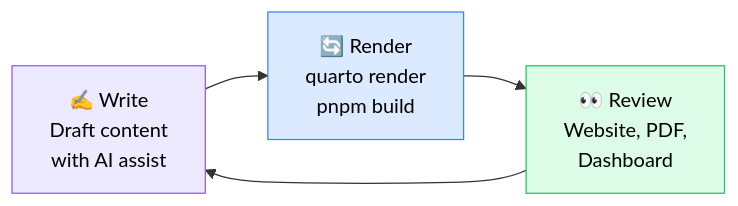
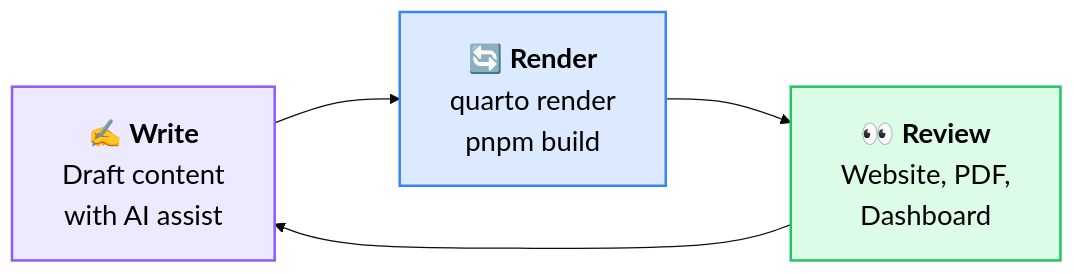
Before and after one commit to dataimago/dissertation: the fourth of 6 diagrams in quarto_website/training-presentation.qmd, drawn with Mermaid. The commit also changed other lines of this file and 16 other files, not shown here.

````diff
--- a/quarto_website/training-presentation.qmd
+++ b/quarto_website/training-presentation.qmd
@@ -790,13 +910,13 @@
 ```{mermaid}
 %%| echo: false
-%%| eval: true
-%%| fig-width: 14
+%%| fig-responsive: false
+%%{init: {'theme': 'base', 'themeVariables': {'fontSize': '22px', 'fontFamily': 'Inter, system-ui, sans-serif'}, 'flowchart': {'nodeSpacing': 80, 'rankSpacing': 100, 'padding': 20, 'htmlLabels': true}}}%%
 flowchart LR
-    W["✍️ Write\nDraft content\nwith AI assist"] --> R["🔄 Render\nquarto render\npnpm build"]
-    R --> V["👀 Review\nWebsite, PDF,\nDashboard"]
+    W["✍️ <b>Write</b><br/>Draft content<br/>with AI assist"] --> R["🔄 <b>Render</b><br/>quarto render<br/>pnpm build"]
+    R --> V["👀 <b>Review</b><br/>Website, PDF,<br/>Dashboard"]
     V --> W
 
-    style W fill:#ede9fe,stroke:#8b5cf6,color:#000
-    style R fill:#dbeafe,stroke:#3b82f6,color:#000
-    style V fill:#dcfce7,stroke:#22c55e,color:#000
+    style W fill:#ede9fe,stroke:#8b5cf6,stroke-width:2px,color:#000
+    style R fill:#dbeafe,stroke:#3b82f6,stroke-width:2px,color:#000
+    style V fill:#dcfce7,stroke:#22c55e,stroke-width:2px,color:#000
 ```
````
